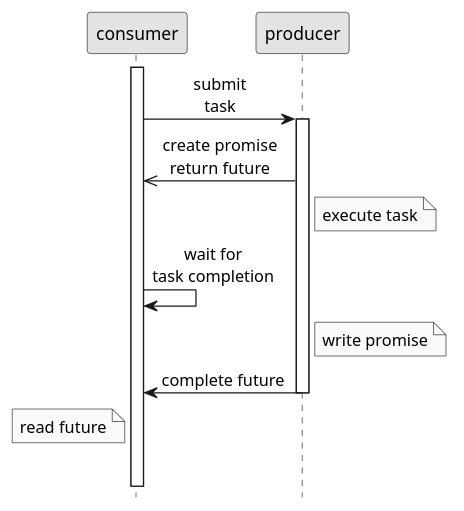
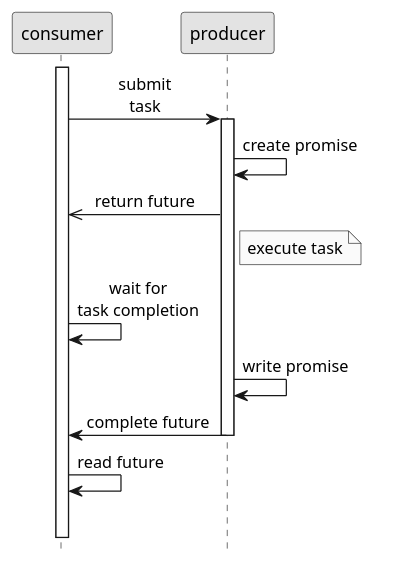
One commit to ti-cortex-m4/demo-java-completablefuture changed the diagram in doc/future and promise.puml. Above: the diagram before and after it, drawn with PlantUML.

```diff
--- a/doc/future and promise.puml
+++ b/doc/future and promise.puml
@@ -1,21 +1,22 @@
 @startuml
 hide footbox
 skinparam monochrome true
 skinparam defaultFontName Source Sans Pro
 skinparam titleFontSize 15
 skinparam sequenceMessageAlign center
 
 activate consumer
 consumer->producer: submit\ntask
 activate producer
-producer->>consumer: create promise\nreturn future
+producer->producer: create promise
+producer->>consumer: return future
 Note right of producer: execute task
 consumer->consumer: wait for\ntask completion
-Note right of producer: write promise
+producer->producer: write promise
 producer->consumer: complete future
 deactivate producer
-Note left of consumer: read future
+consumer->consumer: read future
 
 ||14||
 producer -[#white]->]
 @enduml
```
